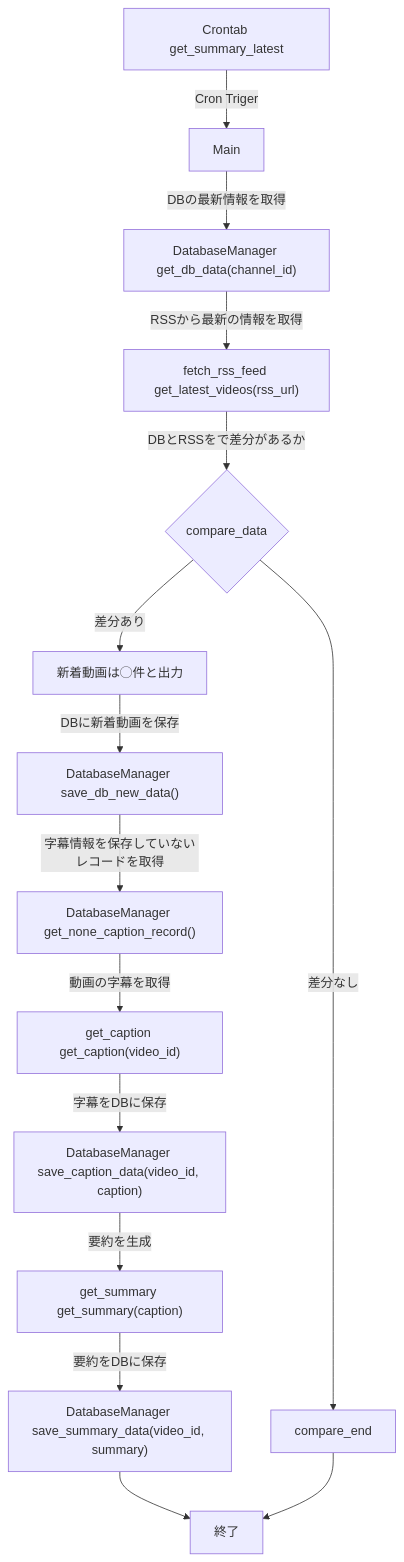
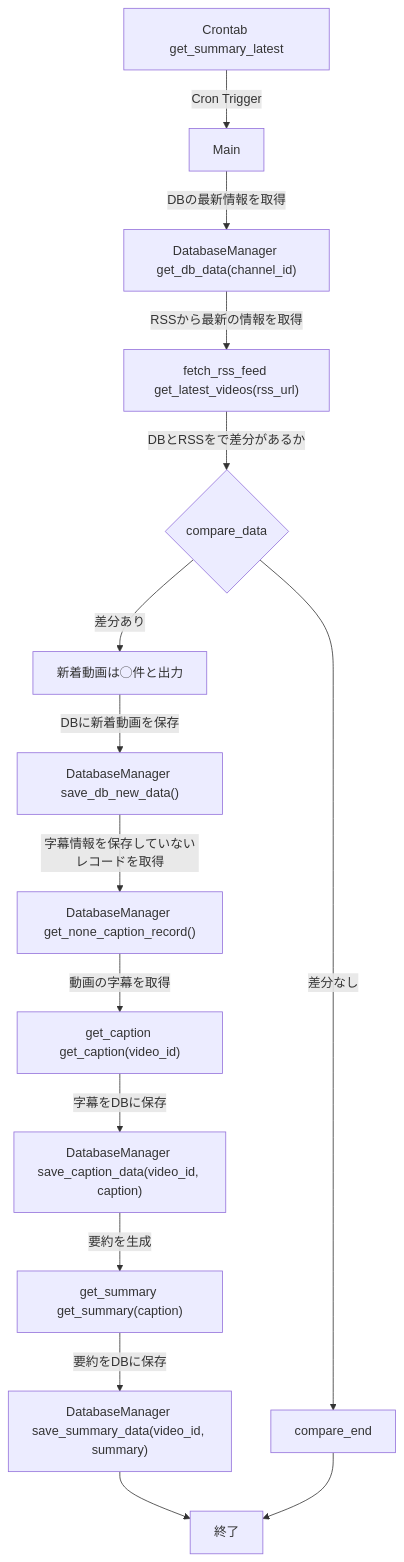
The first of 3 diagrams in document/flowchart.md (hoshimins/youtube_summary_bot), drawn with Mermaid before and after one commit. The commit also changed other lines of this file and 1 other file, not shown here.

````diff
--- a/document/flowchart.md
+++ b/document/flowchart.md
@@ -4,21 +4,21 @@
 ```mermaid
 graph TD
 
-Cron["Crontab get_summary_latest"] -->|Cron Triger| YoutubeSummaryFeed["Main"]
+Cron["Crontab get_summary_latest"] -->|Cron Trigger| YoutubeSummaryFeed["Main"]
 YoutubeSummaryFeed --> |DBの最新情報を取得| DB["DatabaseManager get_db_data(channel_id)"]
 DB --> |RSSから最新の情報を取得| RSS["fetch_rss_feed get_latest_videos(rss_url)"]
 RSS --> |DBとRSSをで差分があるか|compare{"compare_data"}
 
 compare -->|差分あり| NewDataFound["新着動画は◯件と出力"]
 NewDataFound --> |DBに新着動画を保存| DBUpdateNewData["DatabaseManager save_db_new_data()"]
 DBUpdateNewData --> |字幕情報を保存していないレコードを取得| GetNoCaptionRecord["DatabaseManager get_none_caption_record()"]
 GetNoCaptionRecord --> |動画の字幕を取得| CaptionFetcher["get_caption get_caption(video_id)"]
 CaptionFetcher --> |字幕をDBに保存| DBUpdateCaption["DatabaseManager save_caption_data(video_id, caption)"]
 DBUpdateCaption --> |要約を生成| SummaryGenerator["get_summary get_summary(caption)"]
 SummaryGenerator --> |要約をDBに保存| DBUpdateSummary["DatabaseManager save_summary_data(video_id, summary)"]
 DBUpdateSummary --> End["終了"]
 
 
 
 compare --> |差分なし| compare_end --> End 
 ```
````
